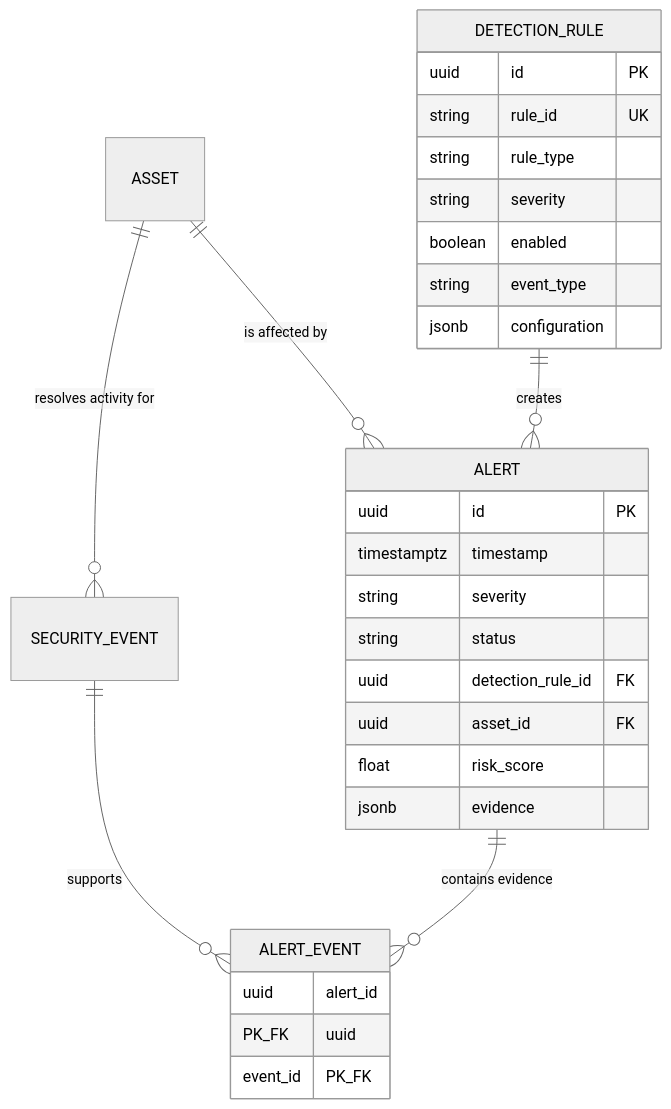
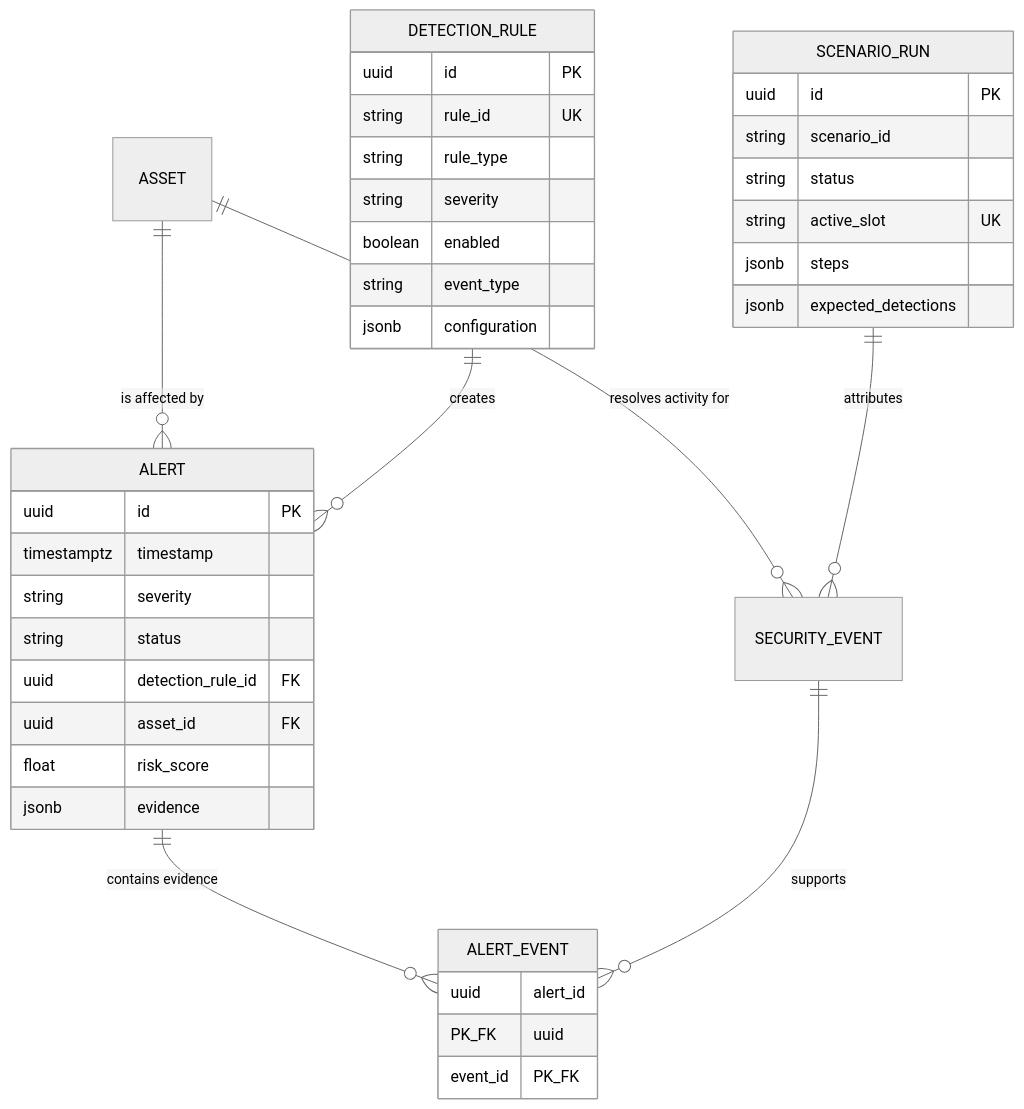
The fourth of 4 diagrams in docs/architecture.md (Mayroskapnos/sentinel-security-platform), drawn with Mermaid (neutral theme) before and after one commit. The commit also changed other lines of this file and 70 other files, not shown here.

````diff
--- a/docs/architecture.md
+++ b/docs/architecture.md
@@ -72,32 +110,41 @@
 ```mermaid
 erDiagram
     ASSET ||--o{ SECURITY_EVENT : "resolves activity for"
     ASSET ||--o{ ALERT : "is affected by"
     DETECTION_RULE ||--o{ ALERT : "creates"
     ALERT ||--o{ ALERT_EVENT : "contains evidence"
     SECURITY_EVENT ||--o{ ALERT_EVENT : "supports"
+    SCENARIO_RUN ||--o{ SECURITY_EVENT : "attributes"
 
     DETECTION_RULE {
         uuid id PK
         string rule_id UK
         string rule_type
         string severity
         boolean enabled
         string event_type
         jsonb configuration
     }
     ALERT {
         uuid id PK
         timestamptz timestamp
         string severity
         string status
         uuid detection_rule_id FK
         uuid asset_id FK
         float risk_score
         jsonb evidence
     }
     ALERT_EVENT {
         uuid alert_id PK_FK
         uuid event_id PK_FK
     }
+    SCENARIO_RUN {
+        uuid id PK
+        string scenario_id
+        string status
+        string active_slot UK
+        jsonb steps
+        jsonb expected_detections
+    }
 ```
````
